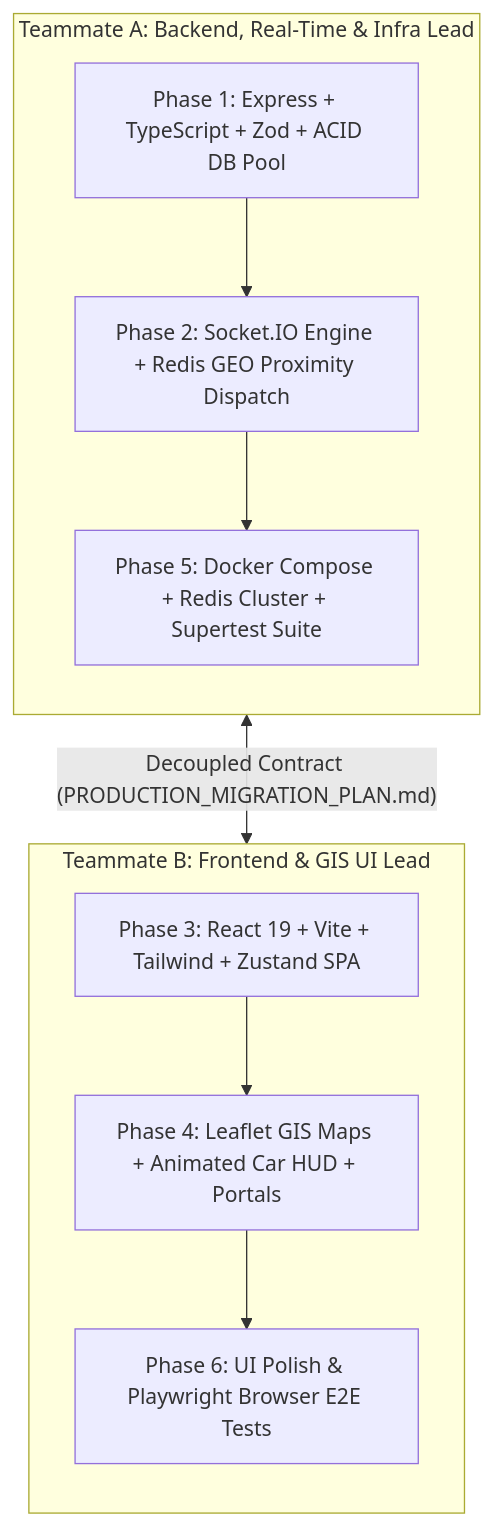
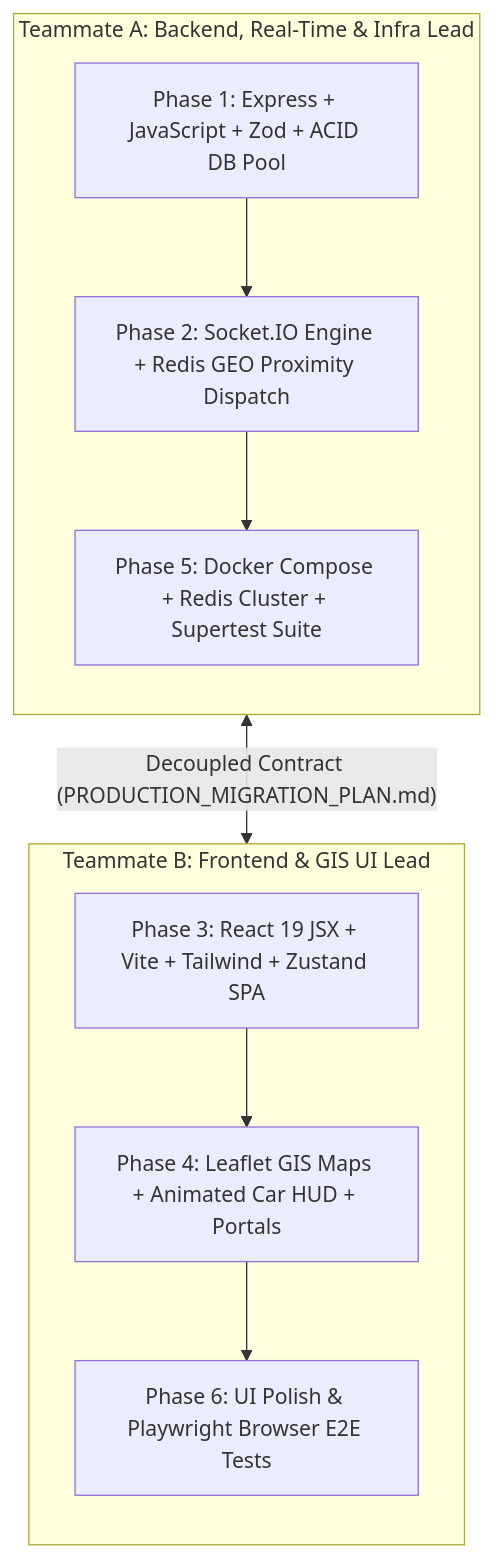
Before and after one commit to aravind5423/CabGo: the first of 2 diagrams in TEAM_PLAN.md, drawn with Mermaid. The commit also changed other lines of this file and 3 other files, not shown here.

Commit message:
docs: standardize modernization plan on pure modern JavaScript (no TypeScript)

````diff
--- a/TEAM_PLAN.md
+++ b/TEAM_PLAN.md
@@ -29,20 +29,20 @@
 ```mermaid
 flowchart TD
     subgraph TeammateA ["Teammate A: Backend, Real-Time & Infra Lead"]
         direction TB
-        A1["Phase 1: Express + TypeScript + Zod + ACID DB Pool"]
+        A1["Phase 1: Express + JavaScript + Zod + ACID DB Pool"]
         A2["Phase 2: Socket.IO Engine + Redis GEO Proximity Dispatch"]
         A3["Phase 5: Docker Compose + Redis Cluster + Supertest Suite"]
         A1 --> A2 --> A3
     end
 
     subgraph TeammateB ["Teammate B: Frontend & GIS UI Lead"]
         direction TB
-        B1["Phase 3: React 19 + Vite + Tailwind + Zustand SPA"]
+        B1["Phase 3: React 19 JSX + Vite + Tailwind + Zustand SPA"]
         B2["Phase 4: Leaflet GIS Maps + Animated Car HUD + Portals"]
         B3["Phase 6: UI Polish & Playwright Browser E2E Tests"]
         B1 --> B2 --> B3
     end
 
     TeammateA <-->|"Decoupled Contract (PRODUCTION_MIGRATION_PLAN.md)"| TeammateB
 ```
````
